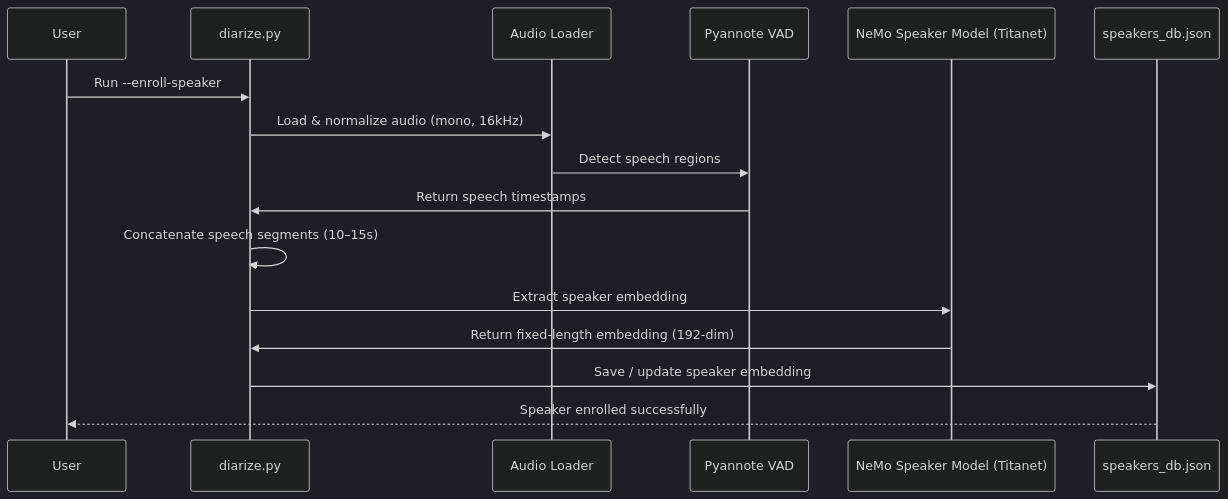
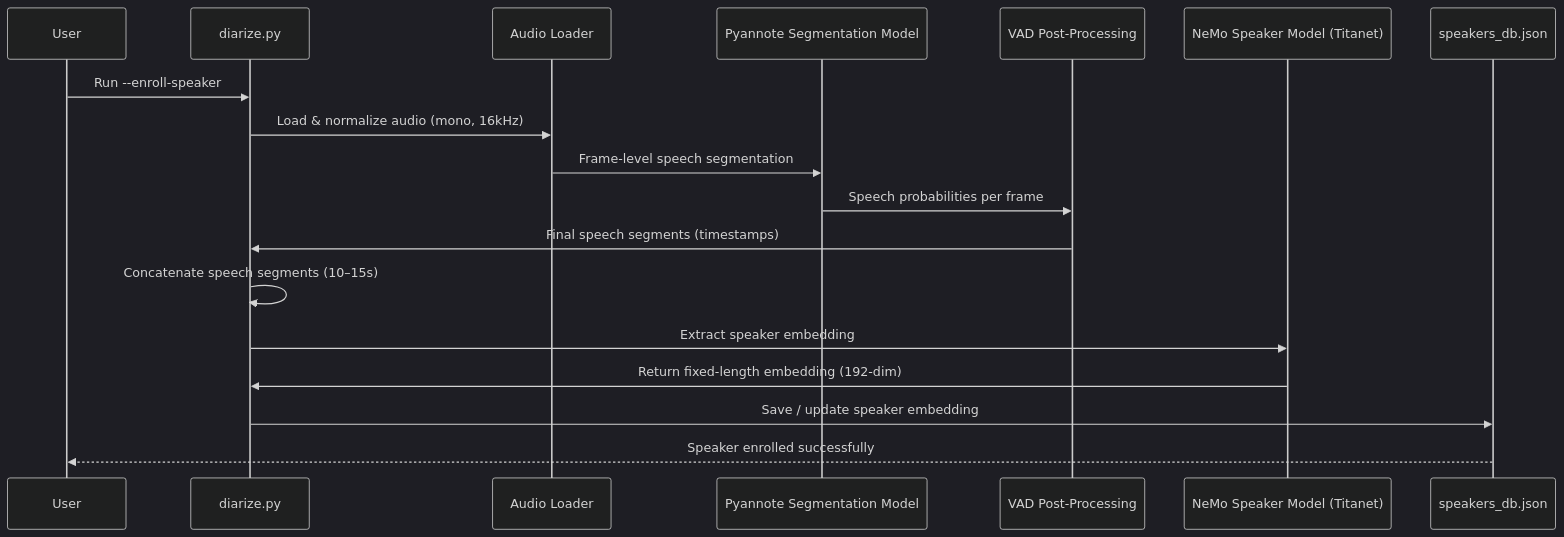
Before and after one commit to ayushdh96/MIE_Diarization: the first of 3 diagrams in README.md, drawn with Mermaid (dark theme).

Commit message:
Refactor sequence diagram in README to clarify VAD and segmentation roles

````diff
--- a/README.md
+++ b/README.md
@@ -85,19 +85,21 @@
 ```mermaid
 sequenceDiagram
     participant User
     participant CLI as diarize.py
     participant Audio as Audio Loader
-    participant VAD as Pyannote VAD
+    participant Seg as Pyannote Segmentation Model
+    participant VAD as VAD Post-Processing
     participant NeMo as NeMo Speaker Model (Titanet)
     participant DB as speakers_db.json
 
     User->>CLI: Run --enroll-speaker
     CLI->>Audio: Load & normalize audio (mono, 16kHz)
-    Audio->>VAD: Detect speech regions
-    VAD->>CLI: Return speech timestamps
+    Audio->>Seg: Frame-level speech segmentation
+    Seg->>VAD: Speech probabilities per frame
+    VAD->>CLI: Final speech segments (timestamps)
     CLI->>CLI: Concatenate speech segments (10–15s)
     CLI->>NeMo: Extract speaker embedding
     NeMo->>CLI: Return fixed-length embedding (192-dim)
     CLI->>DB: Save / update speaker embedding
     DB-->>User: Speaker enrolled successfully
 ```
````
